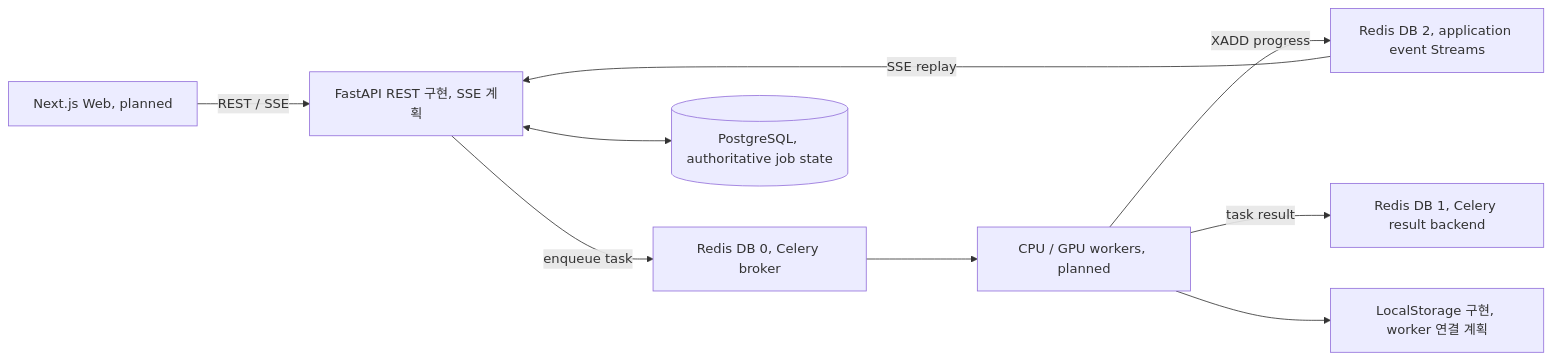
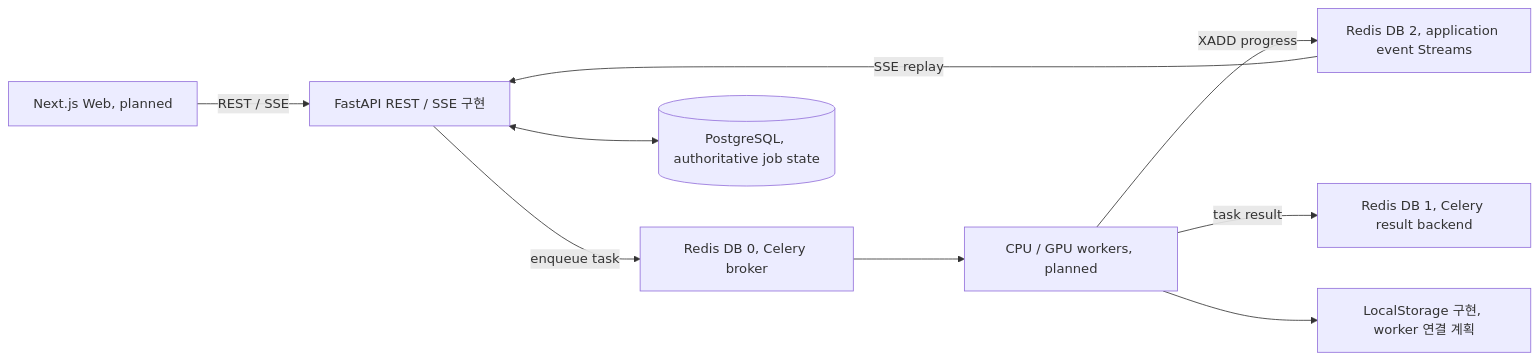
Before and after one commit to reha-design/MusicSheet: the diagram in README.md, drawn with Mermaid. The commit also changed other lines of this file and 10 other files, not shown here.

````diff
--- a/README.md
+++ b/README.md
@@ -42,11 +43,11 @@
 ```mermaid
 flowchart LR
-    Web[Next.js Web, planned] -->|REST / SSE| API[FastAPI REST 구현, SSE 계획]
+    Web[Next.js Web, planned] -->|REST / SSE| API[FastAPI REST / SSE 구현]
     API -->|enqueue task| Broker[Redis DB 0, Celery broker]
     Broker --> Workers[CPU / GPU workers, planned]
     Workers -->|XADD progress| Events[Redis DB 2, application event Streams]
     Events -->|SSE replay| API
     API <--> PostgreSQL[(PostgreSQL, authoritative job state)]
     Workers -->|task result| Results[Redis DB 1, Celery result backend]
     Workers --> Storage[LocalStorage 구현, worker 연결 계획]
 ```
````
